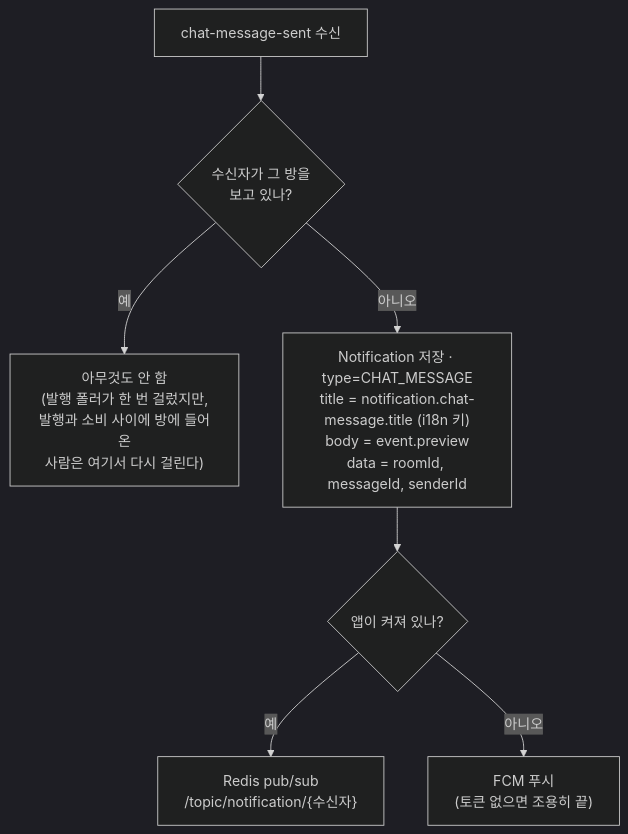
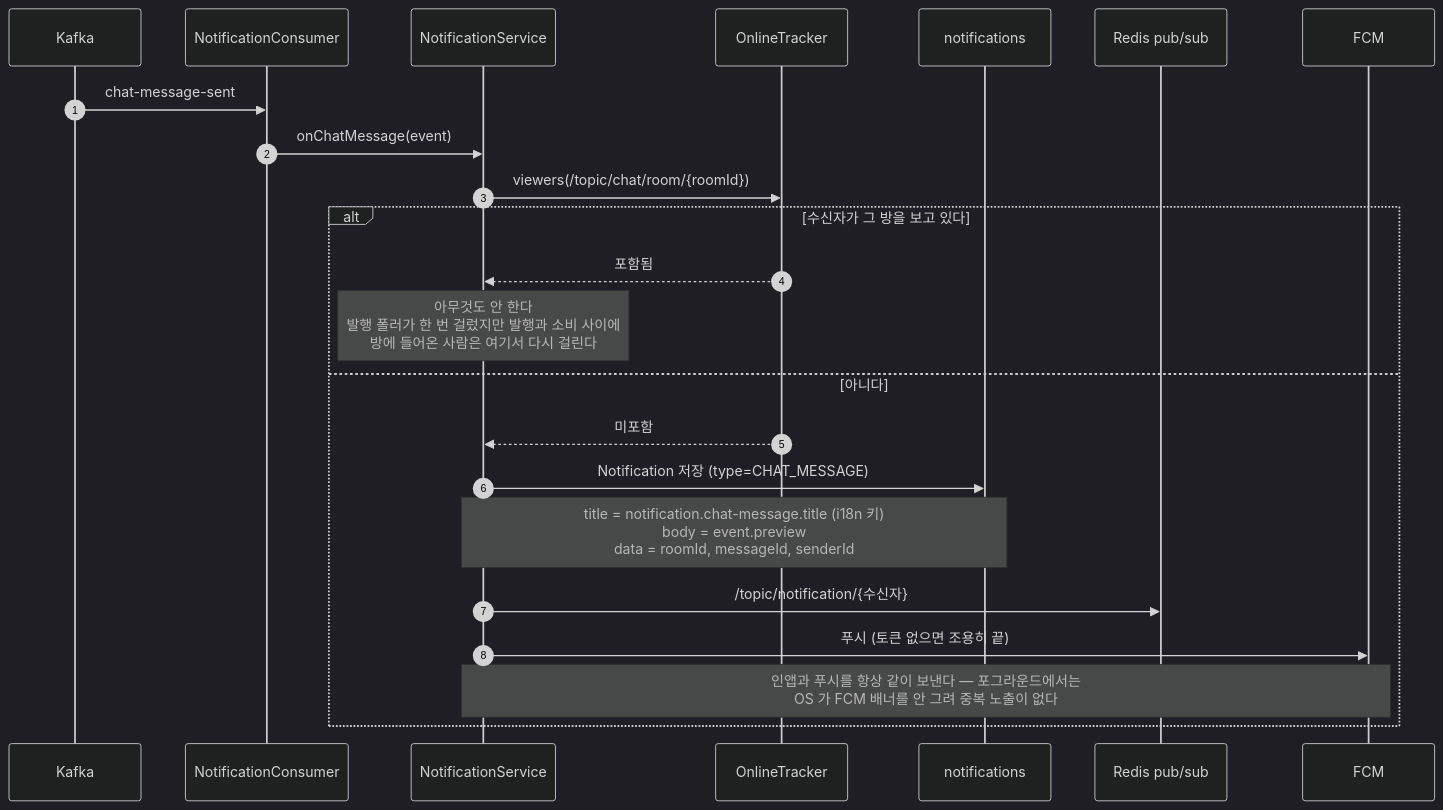
Before and after one commit to rvlwldev/langlez-backend: the second of 14 diagrams in ARCHITECTURE.md, drawn with Mermaid (dark theme). The commit also changed other lines of this file, not shown here.

First line of the commit message:
docs(architecture): 이벤트 흐름을 시퀀스 다이어그램으로 (#28)

````diff
--- a/ARCHITECTURE.md
+++ b/ARCHITECTURE.md
@@ -71,9 +74,27 @@
 ```mermaid
-flowchart TD
-    A["chat-message-sent 수신"] --> B{"수신자가 그 방을<br/>보고 있나?"}
-    B -- 예 --> C["아무것도 안 함<br/>(발행 폴러가 한 번 걸렀지만,<br/>발행과 소비 사이에 방에 들어온<br/>사람은 여기서 다시 걸린다)"]
-    B -- 아니오 --> D["Notification 저장 · type=CHAT_MESSAGE<br/>title = notification.chat-message.title (i18n 키)<br/>body = event.preview<br/>data = roomId, messageId, senderId"]
-    D --> E{"앱이 켜져 있나?"}
-    E -- 예 --> F["Redis pub/sub<br/>/topic/notification/{수신자}"]
-    E -- 아니오 --> G["FCM 푸시<br/>(토큰 없으면 조용히 끝)"]
+sequenceDiagram
+    autonumber
+    participant K as Kafka
+    participant C as NotificationConsumer
+    participant S as NotificationService
+    participant T as OnlineTracker
+    participant DB as notifications
+    participant R as Redis pub/sub
+    participant F as FCM
+
+    K->>C: chat-message-sent
+    C->>S: onChatMessage(event)
+    S->>T: viewers(/topic/chat/room/{roomId})
+
+    alt 수신자가 그 방을 보고 있다
+        T-->>S: 포함됨
+        Note over S: 아무것도 안 한다<br/>발행 폴러가 한 번 걸렀지만 발행과 소비 사이에<br/>방에 들어온 사람은 여기서 다시 걸린다
+    else 아니다
+        T-->>S: 미포함
+        S->>DB: Notification 저장 (type=CHAT_MESSAGE)
+        Note over S,DB: title = notification.chat-message.title (i18n 키)<br/>body = event.preview<br/>data = roomId, messageId, senderId
+        S->>R: /topic/notification/{수신자}
+        S->>F: 푸시 (토큰 없으면 조용히 끝)
+        Note over S,F: 인앱과 푸시를 항상 같이 보낸다 — 포그라운드에서는<br/>OS 가 FCM 배너를 안 그려 중복 노출이 없다
+    end
 ```
````
